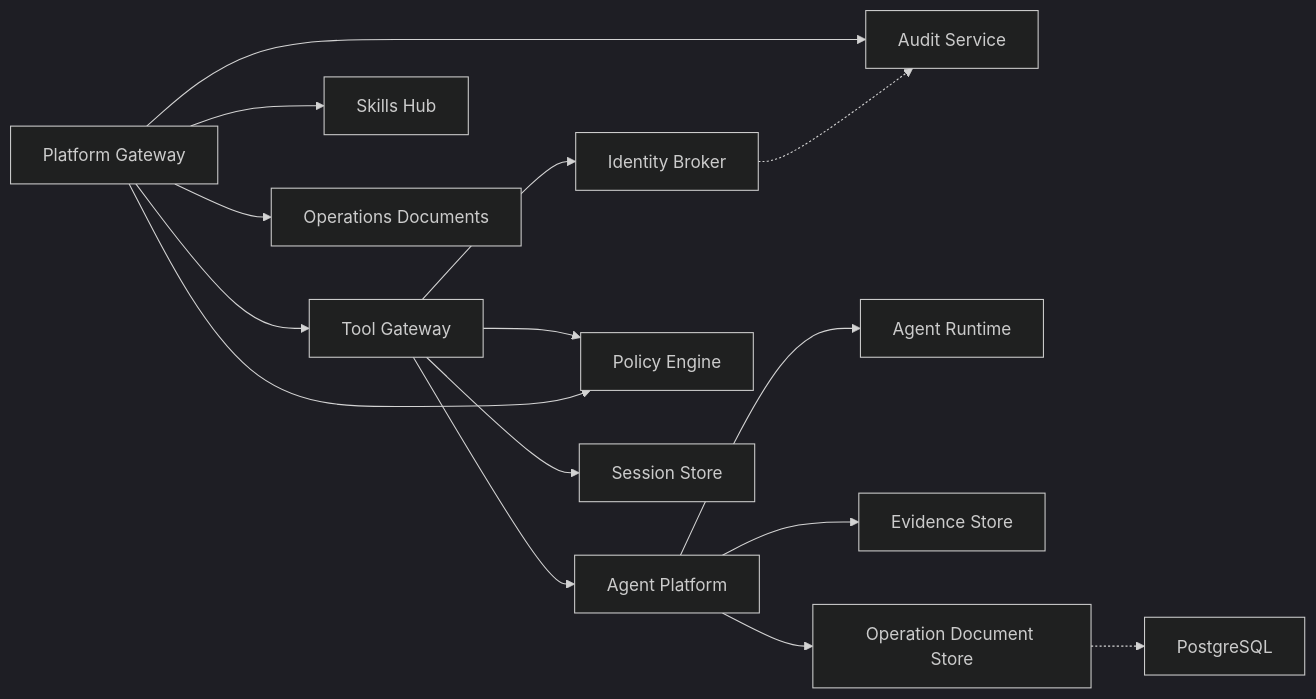
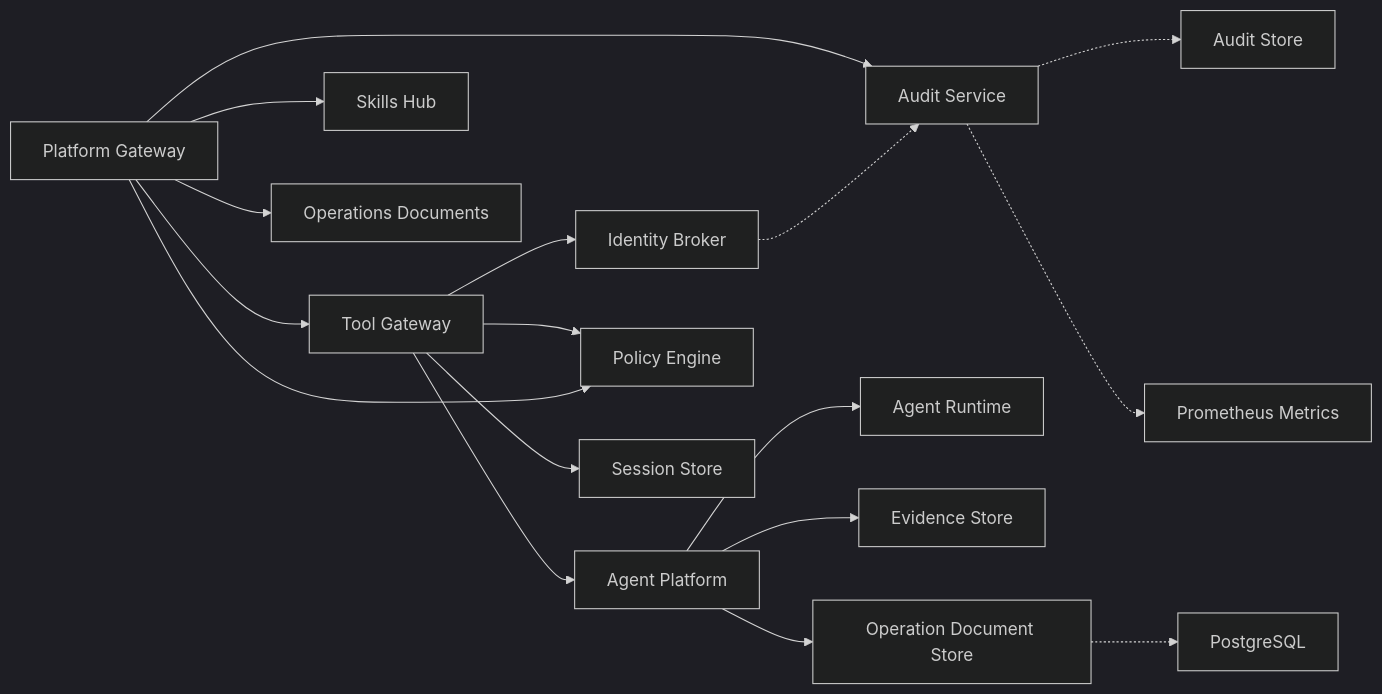
Before and after one commit to metasync/luban-aiops: the third of 3 diagrams in .qoder/repowiki/en/content/API Reference/API Reference.md, drawn with Mermaid (dark theme). The commit also changed other lines of this file and 4 other files, not shown here.

````diff
--- a/.qoder/repowiki/en/content/API Reference/API Reference.md
+++ b/.qoder/repowiki/en/content/API Reference/API Reference.md
@@ -688,17 +744,19 @@
 ```mermaid
 graph LR
 TG["Tool Gateway"] --> IB["Identity Broker"]
 TG --> AP["Agent Platform"]
 TG --> PE["Policy Engine"]
 TG --> SS["Session Store"]
 PG["Platform Gateway"] --> PE
 PG --> AS["Audit Service"]
 PG --> TG
 PG --> SH["Skills Hub"]
 PG --> OD["Operations Documents"]
 AP --> RT["Agent Runtime"]
 AP --> ES["Evidence Store"]
 AP --> ODS["Operation Document Store"]
 IB -.-> AS
 ODS -.-> DB["PostgreSQL"]
+AS -.-> ASTORE["Audit Store"]
+AS -.-> METRICS["Prometheus Metrics"]
 ```
````
